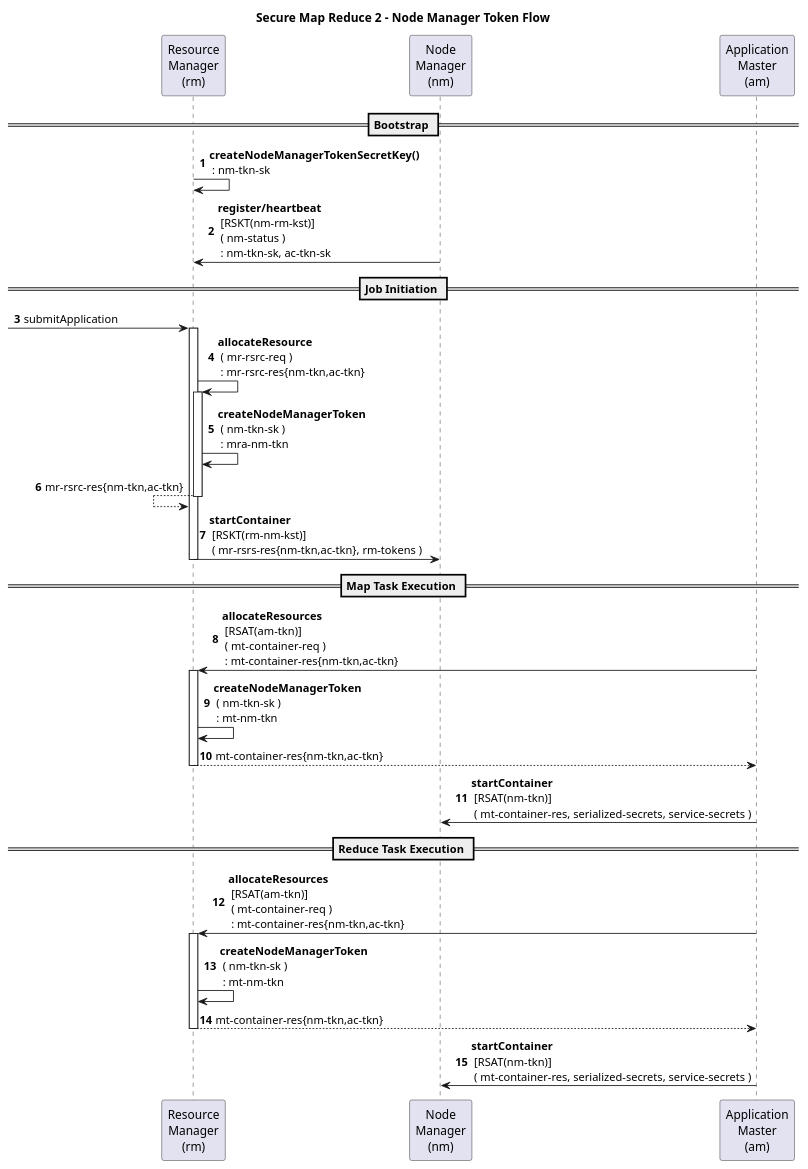
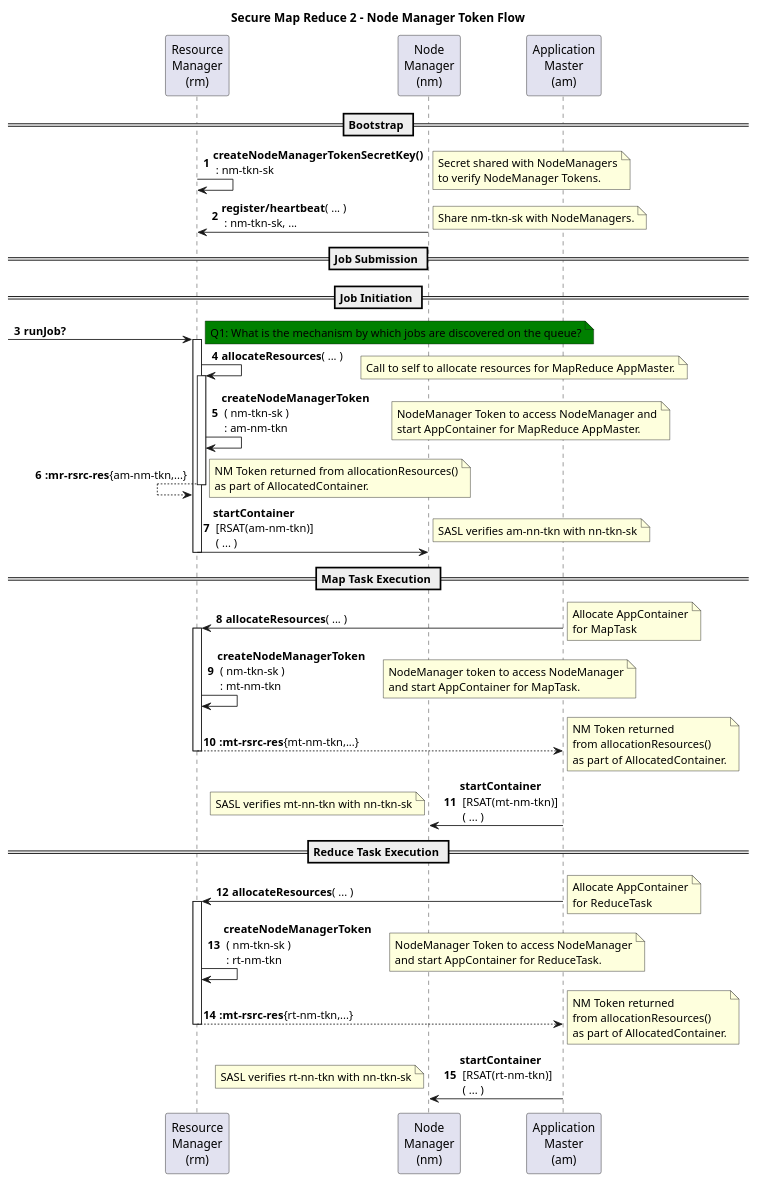
The diagram in hadoop/src/mr2/secure-mapreduce2-09-nm-tkn.puml (kminder/puml), drawn with PlantUML before and after one commit. The commit also changed 1 other file, not shown here.

Commit message:
Finish secure-mapreduce2-09-nm-tkn.puml

```diff
--- a/hadoop/src/mr2/secure-mapreduce2-09-nm-tkn.puml
+++ b/hadoop/src/mr2/secure-mapreduce2-09-nm-tkn.puml
@@ -1,57 +1,100 @@
 @startuml
 title Secure Map Reduce 2 - Node Manager Token Flow
 autonumber
 'hide footbox
 
 'participant "Client\n(c)" as C
 participant "Resource\nManager\n(rm)" as RM
 'participant "History\nServer\n(hs)" as HS
 participant "Node\nManager\n(nm)" as NM
 'participant "Shuffle\nService\n(ss)" as SS
 participant "Application\nMaster\n(am)" as AM
 'participant "Client\nService\n(cs)" as CS
 'participant "Application\nContainer\n(ac)" as AC #red
 'participant "Task\n(t)" as T #orange
 'participant "File\nSystem\n(fs)" as FS
 'participant "Name\nNode\n(nn)" as NN
 'participant "Data\nNode\n(dn)" as DN
 'participant "Kerberos\nKDC" as KDC
 
 'note over C,KDC #green: QUESTION ?
 
 == Bootstrap ==
 
+'1
 RM->RM:<b>createNodeManagerTokenSecretKey()\n : nm-tkn-sk
-NM->RM:<b>register/heartbeat\n [RSKT(nm-rm-kst)]\n ( nm-status )\n : nm-tkn-sk, ac-tkn-sk
+  note right: Secret shared with NodeManagers\nto verify NodeManager Tokens.
+
+'2
+NM->RM:<b>register/heartbeat</b>( ... )\n : nm-tkn-sk, ...
+  note right: Share nm-tkn-sk with NodeManagers.
+
+== Job Submission ==
 
 == Job Initiation ==
 
-[->RM: submitApplication
+'3
+[->RM: <b>runJob?
+  note right #green: Q1: What is the mechanism by which jobs are discovered on the queue?
   activate RM
-RM->RM: <b>allocateResource\n ( mr-rsrc-req )\n : mr-rsrc-res{nm-tkn,ac-tkn}
+
+'4
+RM->RM: <b>allocateResources</b>( ... )
+  note right: Call to self to allocate resources for MapReduce AppMaster.
   activate RM
-RM->RM: <b>createNodeManagerToken\n ( nm-tkn-sk )\n : mra-nm-tkn
-RM<--RM: mr-rsrc-res{nm-tkn,ac-tkn}
+
+'5
+RM->RM: <b>createNodeManagerToken\n ( nm-tkn-sk )\n : am-nm-tkn
+  note right: NodeManager Token to access NodeManager and\nstart AppContainer for MapReduce AppMaster.
+
+'6
+RM<--RM: <b>:mr-rsrc-res</b>{am-nm-tkn,...}
+  note right: NM Token returned from allocationResources()\nas part of AllocatedContainer.
   deactivate RM
-RM->NM: <b>startContainer\n [RSKT(rm-nm-kst)]\n ( mr-rsrs-res{nm-tkn,ac-tkn}, rm-tokens )
+
+'7
+RM->NM: <b>startContainer\n [RSAT(am-nm-tkn)]\n ( ... )
+  note right: SASL verifies am-nn-tkn with nn-tkn-sk
   deactivate RM
 
 == Map Task Execution ==
 
-AM->RM: <b>allocateResources\n [RSAT(am-tkn)]\n ( mt-container-req )\n : mt-container-res{nm-tkn,ac-tkn}
+'8
+AM->RM: <b>allocateResources</b>( ... )
+  note right: Allocate AppContainer\nfor MapTask
   activate RM
+
+'9
 RM->RM: <b>createNodeManagerToken\n ( nm-tkn-sk )\n : mt-nm-tkn
-AM<--RM: mt-container-res{nm-tkn,ac-tkn}
+  note right: NodeManager token to access NodeManager\nand start AppContainer for MapTask.
+
+'10
+AM<--RM: <b>:mt-rsrc-res</b>{mt-nm-tkn,...}
+  note right: NM Token returned\nfrom allocationResources()\nas part of AllocatedContainer.
   deactivate RM
-AM->NM: <b>startContainer\n [RSAT(nm-tkn)]\n ( mt-container-res, serialized-secrets, service-secrets )
+
+'11
+AM->NM: <b>startContainer\n [RSAT(mt-nm-tkn)]\n ( ... )
+  note left: SASL verifies mt-nn-tkn with nn-tkn-sk
 
 == Reduce Task Execution ==
 
-AM->RM: <b>allocateResources\n [RSAT(am-tkn)]\n ( mt-container-req )\n : mt-container-res{nm-tkn,ac-tkn}
+'12
+AM->RM: <b>allocateResources</b>( ... )
+  note right: Allocate AppContainer\nfor ReduceTask
   activate RM
-RM->RM: <b>createNodeManagerToken\n ( nm-tkn-sk )\n : mt-nm-tkn
-AM<--RM: mt-container-res{nm-tkn,ac-tkn}
+
+'13
+RM->RM: <b>createNodeManagerToken\n ( nm-tkn-sk )\n : rt-nm-tkn
+  note right: NodeManager Token to access NodeManager\nand start AppContainer for ReduceTask.
+
+'14
+AM<--RM: <b>:mt-rsrc-res</b>{rt-nm-tkn,...}
+  note right: NM Token returned\nfrom allocationResources()\nas part of AllocatedContainer.
   deactivate RM
-AM->NM: <b>startContainer\n [RSAT(nm-tkn)]\n ( mt-container-res, serialized-secrets, service-secrets )
 
-@enduml
+'15
+AM->NM: <b>startContainer\n [RSAT(rt-nm-tkn)]\n ( ... )
+  note left: SASL verifies rt-nn-tkn with nn-tkn-sk
+
+@enduml                                                                                      
```
